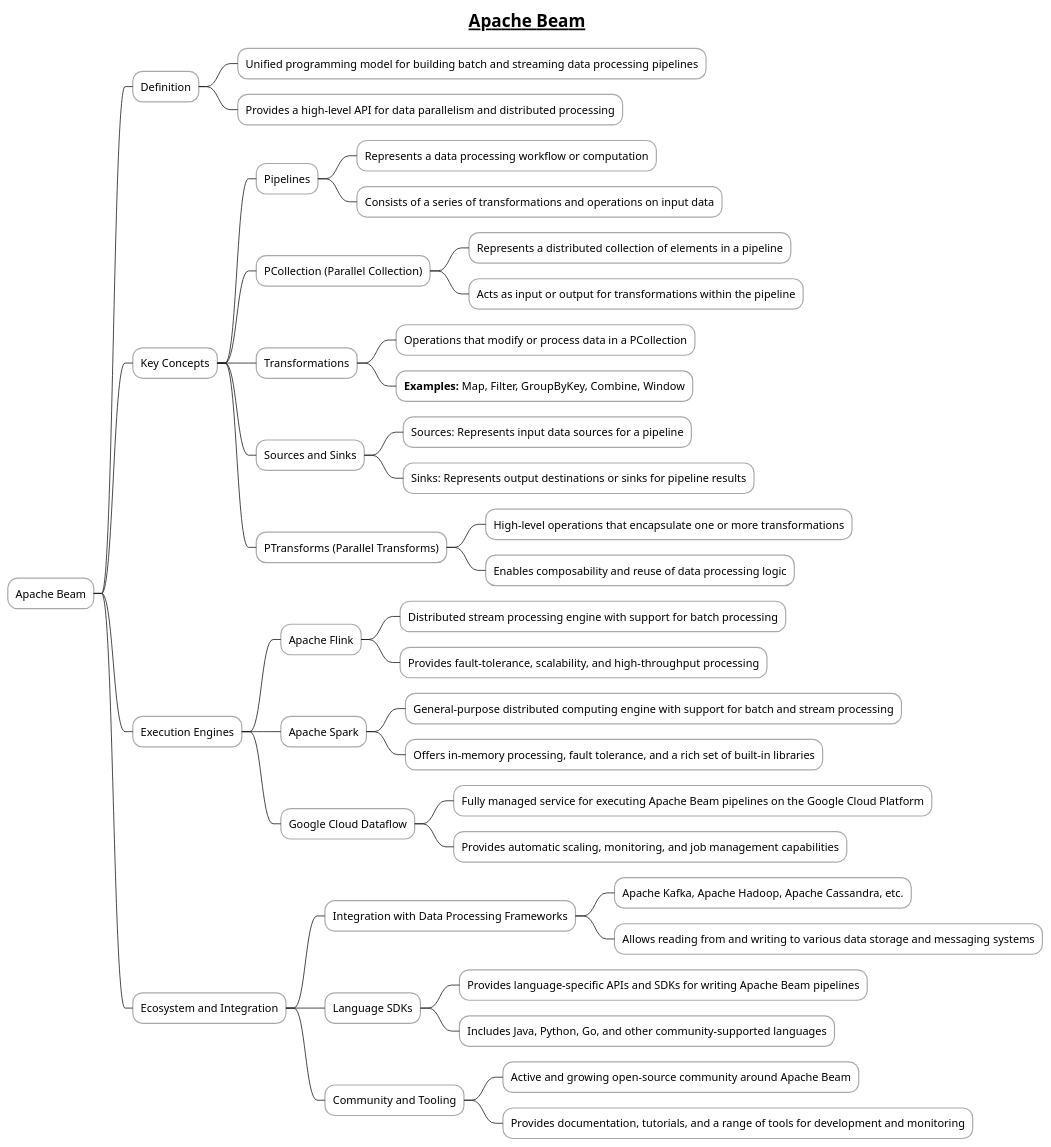
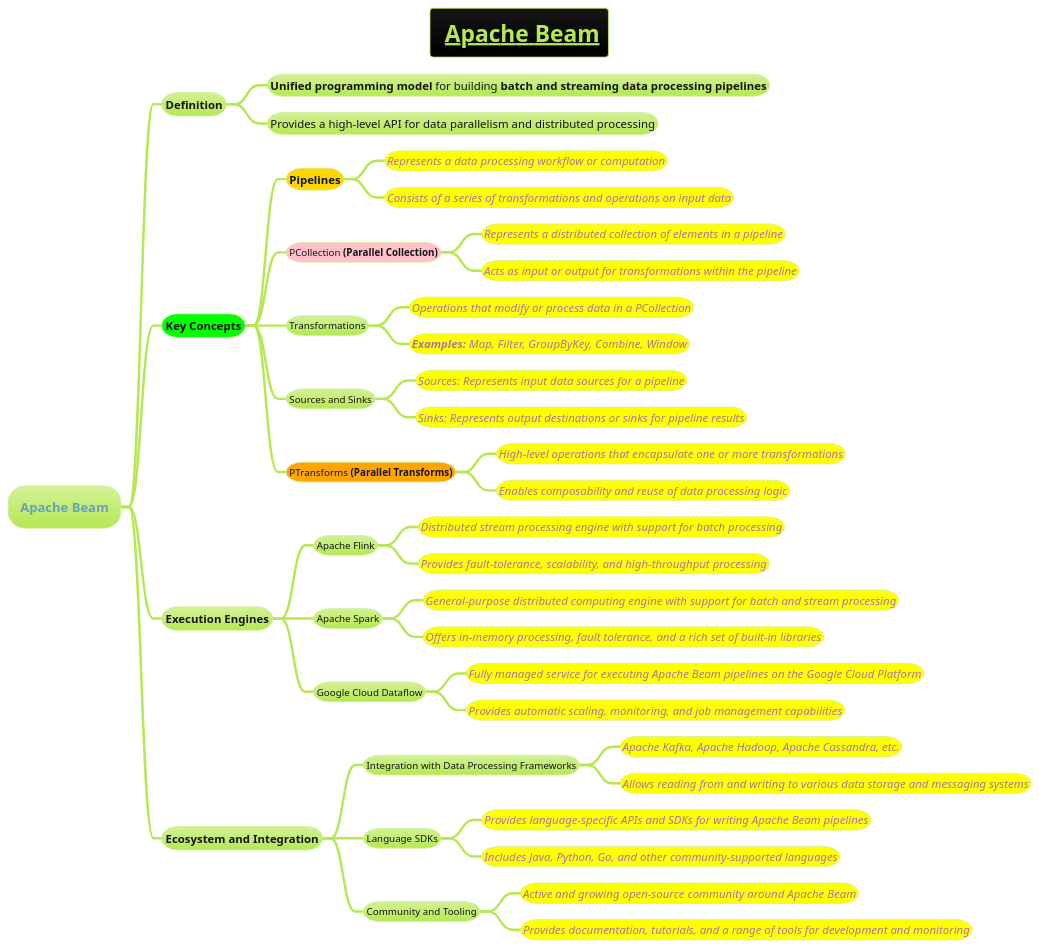
One commit to MehmoodHashmi/Documentation-as-Code-DaC changed the diagram in docs/AI-ML- DL-Data-Science-and-BigData/Apache-Big-Data-Ecosystem/Apache-Beam.puml. Above: the diagram before and after it, drawn with PlantUML. The commit also changed 1 other file, not shown here.

```diff
--- a/docs/AI-ML- DL-Data-Science-and-BigData/Apache-Big-Data-Ecosystem/Apache-Beam.puml
+++ b/docs/AI-ML- DL-Data-Science-and-BigData/Apache-Big-Data-Ecosystem/Apache-Beam.puml
@@ -1,69 +1,71 @@
 @startmindmap
 
 skinparam node {
     BorderColor DarkGray
     BackgroundColor White
 }
 
 skinparam connector {
     LineColor DarkGray
 }
 
 title =__ Apache Beam__
+!theme hacker
+
 * Apache Beam
 
 ** Definition
-*** Unified programming model for building batch and streaming data processing pipelines
-*** Provides a high-level API for data parallelism and distributed processing
+*** <size:14>**Unified programming model** for building **batch and streaming data processing pipelines**
+*** <size:14>Provides a high-level API for data parallelism and distributed processing
 
-** Key Concepts
+**[#lime] Key Concepts
 
-*** Pipelines
-**** Represents a data processing workflow or computation
-**** Consists of a series of transformations and operations on input data
+***[#gold] ==Pipelines
+****[#yellow] ====<size:14>Represents a data processing workflow or computation
+****[#yellow] ====<size:14>Consists of a series of transformations and operations on input data
 
-*** PCollection (Parallel Collection)
-**** Represents a distributed collection of elements in a pipeline
-**** Acts as input or output for transformations within the pipeline
+***[#pink] PCollection **(Parallel Collection)**
+****[#yellow] ====<size:14>Represents a distributed collection of elements in a pipeline
+****[#yellow] ====<size:14>Acts as input or output for transformations within the pipeline
 
 *** Transformations
-**** Operations that modify or process data in a PCollection
-**** **Examples:** Map, Filter, GroupByKey, Combine, Window
+****[#yellow] ====<size:14>Operations that modify or process data in a PCollection
+****[#yellow] ====<size:14>**Examples:** Map, Filter, GroupByKey, Combine, Window
 
 *** Sources and Sinks
-**** Sources: Represents input data sources for a pipeline
-**** Sinks: Represents output destinations or sinks for pipeline results
+****[#yellow] ====<size:14>Sources: Represents input data sources for a pipeline
+****[#yellow] ====<size:14>Sinks: Represents output destinations or sinks for pipeline results
 
-*** PTransforms (Parallel Transforms)
-**** High-level operations that encapsulate one or more transformations
-**** Enables composability and reuse of data processing logic
+***[#orange] PTransforms **(Parallel Transforms)**
+****[#yellow] ====<size:14>High-level operations that encapsulate one or more transformations
+****[#yellow] ====<size:14>Enables composability and reuse of data processing logic
 
 ** Execution Engines
 
 *** Apache Flink
-**** Distributed stream processing engine with support for batch processing
-**** Provides fault-tolerance, scalability, and high-throughput processing
+****[#yellow] ====<size:14>Distributed stream processing engine with support for batch processing
+****[#yellow] ====<size:14>Provides fault-tolerance, scalability, and high-throughput processing
 
 *** Apache Spark
-**** General-purpose distributed computing engine with support for batch and stream processing
-**** Offers in-memory processing, fault tolerance, and a rich set of built-in libraries
+****[#yellow] ====<size:14>General-purpose distributed computing engine with support for batch and stream processing
+****[#yellow] ====<size:14>Offers in-memory processing, fault tolerance, and a rich set of built-in libraries
 
 *** Google Cloud Dataflow
-**** Fully managed service for executing Apache Beam pipelines on the Google Cloud Platform
-**** Provides automatic scaling, monitoring, and job management capabilities
+****[#yellow] ====<size:14>Fully managed service for executing Apache Beam pipelines on the Google Cloud Platform
+****[#yellow] ====<size:14>Provides automatic scaling, monitoring, and job management capabilities
 
 ** Ecosystem and Integration
 
 *** Integration with Data Processing Frameworks
-**** Apache Kafka, Apache Hadoop, Apache Cassandra, etc.
-**** Allows reading from and writing to various data storage and messaging systems
+****[#yellow] ====<size:14>Apache Kafka, Apache Hadoop, Apache Cassandra, etc.
+****[#yellow] ====<size:14>Allows reading from and writing to various data storage and messaging systems
 
 *** Language SDKs
-**** Provides language-specific APIs and SDKs for writing Apache Beam pipelines
-**** Includes Java, Python, Go, and other community-supported languages
+****[#yellow] ====<size:14>Provides language-specific APIs and SDKs for writing Apache Beam pipelines
+****[#yellow] ====<size:14>Includes Java, Python, Go, and other community-supported languages
 
 *** Community and Tooling
-**** Active and growing open-source community around Apache Beam
-**** Provides documentation, tutorials, and a range of tools for development and monitoring
+****[#yellow] ====<size:14>Active and growing open-source community around Apache Beam
+****[#yellow] ====<size:14>Provides documentation, tutorials, and a range of tools for development and monitoring
 
 @endmindmap
```
